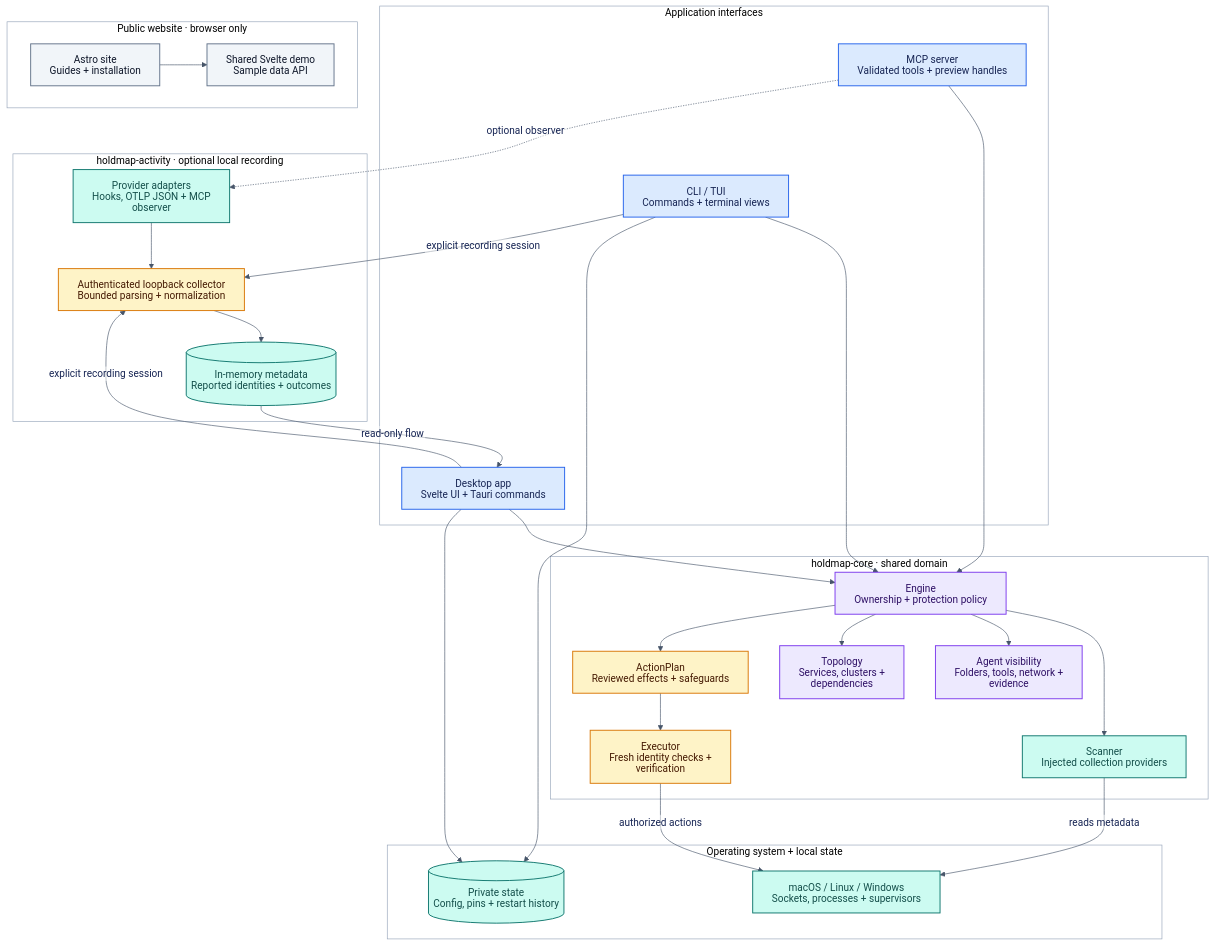
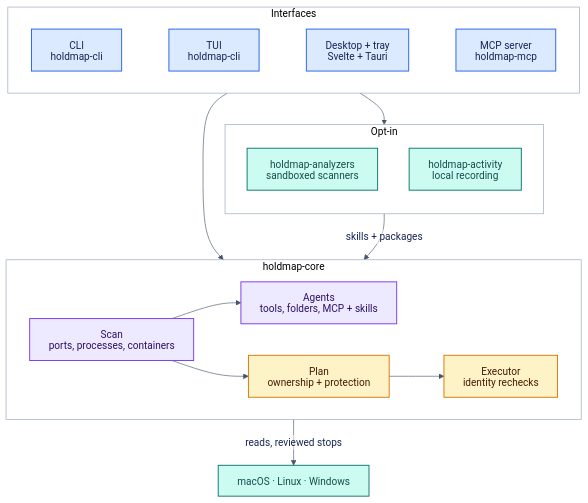
The diagram in README.md (santoshshinde2012/holdmap), drawn with Mermaid before and after one commit. The commit also changed other lines of this file and 15 other files, not shown here.

````diff
--- a/README.md
+++ b/README.md
@@ -422,7 +65,6 @@
     primaryColor: "#DBEAFE"
     primaryTextColor: "#172554"
     primaryBorderColor: "#2563EB"
-    secondaryColor: "#CCFBF1"
     tertiaryColor: "#ffffff"
     textColor: "#0F172A"
     lineColor: "#475569"
@@ -430,70 +72,53 @@
     clusterBkg: "#ffffff"
     clusterBorder: "#94A3B8"
   flowchart:
-    wrappingWidth: 240
+    wrappingWidth: 220
 ---
 flowchart TB
-  accTitle: Holdmap system architecture
-  accDescr: The CLI, MCP server and desktop share a Rust core. A separate website demo uses sample data. Only the native executor performs reviewed OS actions.
+  accTitle: holdmap architecture
+  accDescr: The CLI, TUI, desktop app and MCP server share holdmap-core, which scans the operating system, builds the agent inventory, plans stops and executes reviewed ones. Opt-in analyzers scan the inventory's skills and MCP packages in a sandbox. Opt-in local recording collects reported agent activity.
 
-  subgraph CLIENTS["Application interfaces"]
-    CLI["CLI / TUI<br/>Commands + terminal views"]
-    MCP["MCP server<br/>Validated tools + preview handles"]
-    DESKTOP["Desktop app<br/>Svelte UI + Tauri commands"]
+  subgraph UI["Interfaces"]
+    direction LR
+    CLI["CLI<br/>holdmap-cli"]
+    TUI["TUI<br/>holdmap-cli"]
+    DESKTOP["Desktop + tray<br/>Svelte + Tauri"]
+    MCP["MCP server<br/>holdmap-mcp"]
+    CLI ~~~ TUI ~~~ DESKTOP ~~~ MCP
   end
 
-  subgraph CORE["holdmap-core · shared domain"]
-    SCAN["Scanner<br/>Injected collection providers"]
-    ENGINE["Engine<br/>Ownership + protection policy"]
-    AGENTS["Agent visibility<br/>Folders, tools, network + evidence"]
-    GRAPH["Topology<br/>Services, clusters + dependencies"]
-    PLAN["ActionPlan<br/>Reviewed effects + safeguards"]
-    EXEC["Executor<br/>Fresh identity checks + verification"]
-    ENGINE --> SCAN & AGENTS & GRAPH & PLAN
-    PLAN --> EXEC
+  subgraph CORE["holdmap-core"]
+    direction LR
+    SCAN["Scan<br/>ports, processes, containers"]
+    AGENTS["Agents<br/>tools, folders, MCP + skills"]
+    PLAN["Plan<br/>ownership + protection"]
+    EXEC["Executor<br/>identity rechecks"]
+    SCAN --> AGENTS
+    SCAN --> PLAN --> EXEC
   end
 
-  subgraph RECORDING["holdmap-activity · optional local recording"]
-    INPUT["Provider adapters<br/>Hooks, OTLP JSON + MCP observer"]
-    COLLECTOR["Authenticated loopback collector<br/>Bounded parsing + normalization"]
-    ACTIVITY[("In-memory metadata<br/>Reported identities + outcomes")]
-    INPUT --> COLLECTOR --> ACTIVITY
+  subgraph OPT["Opt-in"]
+    direction TB
+    ANALYZERS["holdmap-analyzers<br/>sandboxed scanners"]
+    ACTIVITY["holdmap-activity<br/>local recording"]
   end
 
-  subgraph LOCAL["Operating system + local state"]
-    OS["macOS / Linux / Windows<br/>Sockets, processes + supervisors"]
-    STORE[("Private state<br/>Config, pins + restart history")]
-  end
+  OS["macOS · Linux · Windows"]
 
-  subgraph PUBLIC["Public website · browser only"]
-    SITE["Astro site<br/>Guides + installation"]
-    DEMO["Shared Svelte demo<br/>Sample data API"]
-    SITE --> DEMO
-  end
-
-  CLI & MCP & DESKTOP --> ENGINE
-  SCAN -->|reads metadata| OS
-  EXEC -->|authorized actions| OS
-  CLI & DESKTOP --> STORE
-  CLI & DESKTOP -->|explicit recording session| COLLECTOR
-  MCP -.->|optional observer| INPUT
-  ACTIVITY -->|read-only flow| DESKTOP
-
-  style CLIENTS fill:#ffffff,stroke:#94A3B8,stroke-width:1px
-  style CORE fill:#ffffff,stroke:#94A3B8,stroke-width:1px
-  style RECORDING fill:#ffffff,stroke:#94A3B8,stroke-width:1px
-  style LOCAL fill:#ffffff,stroke:#94A3B8,stroke-width:1px
-  style PUBLIC fill:#ffffff,stroke:#94A3B8,stroke-width:1px
+  UI --> CORE
+  UI --> OPT
+  ANALYZERS -->|skills + packages| AGENTS
+  CORE -->|reads, reviewed stops| OS
 
   classDef surface fill:#DBEAFE,stroke:#2563EB,color:#172554,stroke-width:1.5px
   classDef domain fill:#EDE9FE,stroke:#7C3AED,color:#2E1065,stroke-width:1.5px
   classDef safety fill:#FEF3C7,stroke:#D97706,color:#451A03,stroke-width:1.5px
   classDef data fill:#CCFBF1,stroke:#0F766E,color:#134E4A,stroke-width:1.5px
-  classDef web fill:#F1F5F9,stroke:#64748B,color:#0F172A,stroke-width:1.5px
-  class CLI,MCP,DESKTOP surface
-  class ENGINE,AGENTS,GRAPH domain
+  class CLI,TUI,DESKTOP,MCP surface
+  class SCAN,AGENTS domain
   class PLAN,EXEC safety
-  class SCAN,OS,STORE,INPUT,ACTIVITY data
-  class COLLECTOR safety
-  class SITE,DEMO web
+  class ANALYZERS,ACTIVITY,OS data
+  style UI fill:#ffffff,stroke:#94A3B8
+  style CORE fill:#ffffff,stroke:#94A3B8
+  style OPT fill:#ffffff,stroke:#94A3B8
 ```
````
